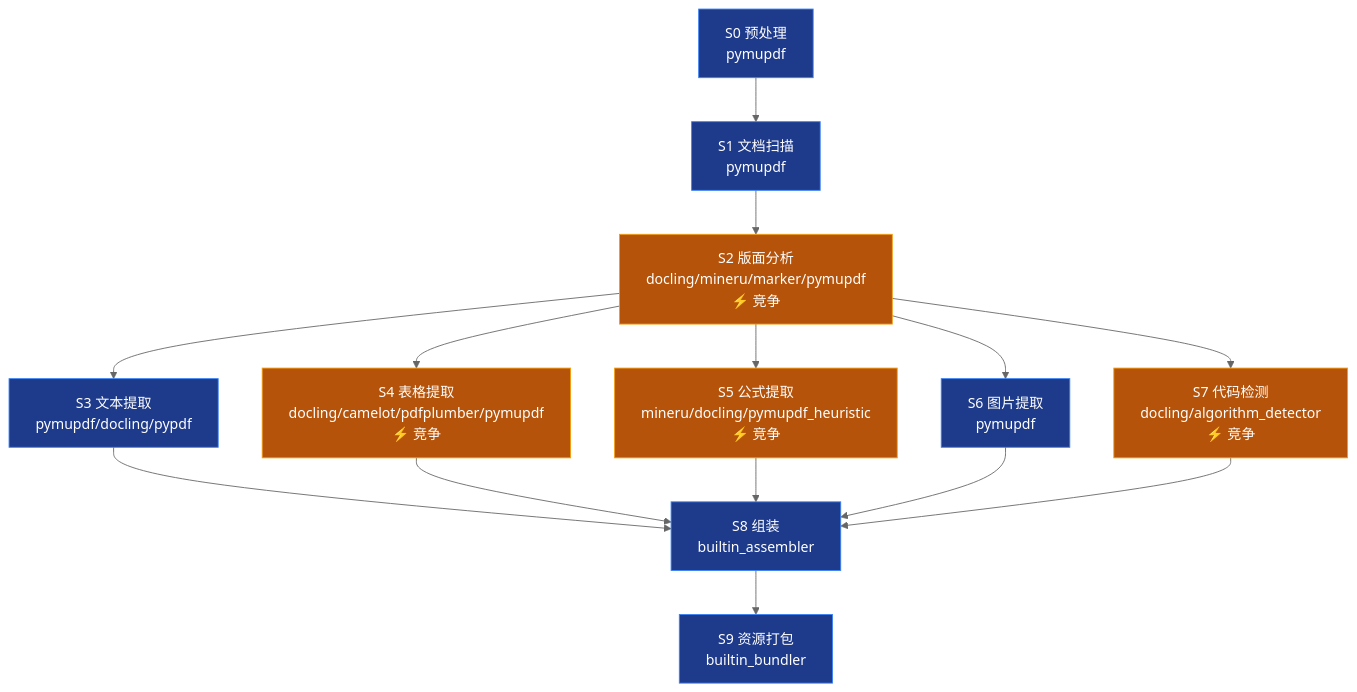
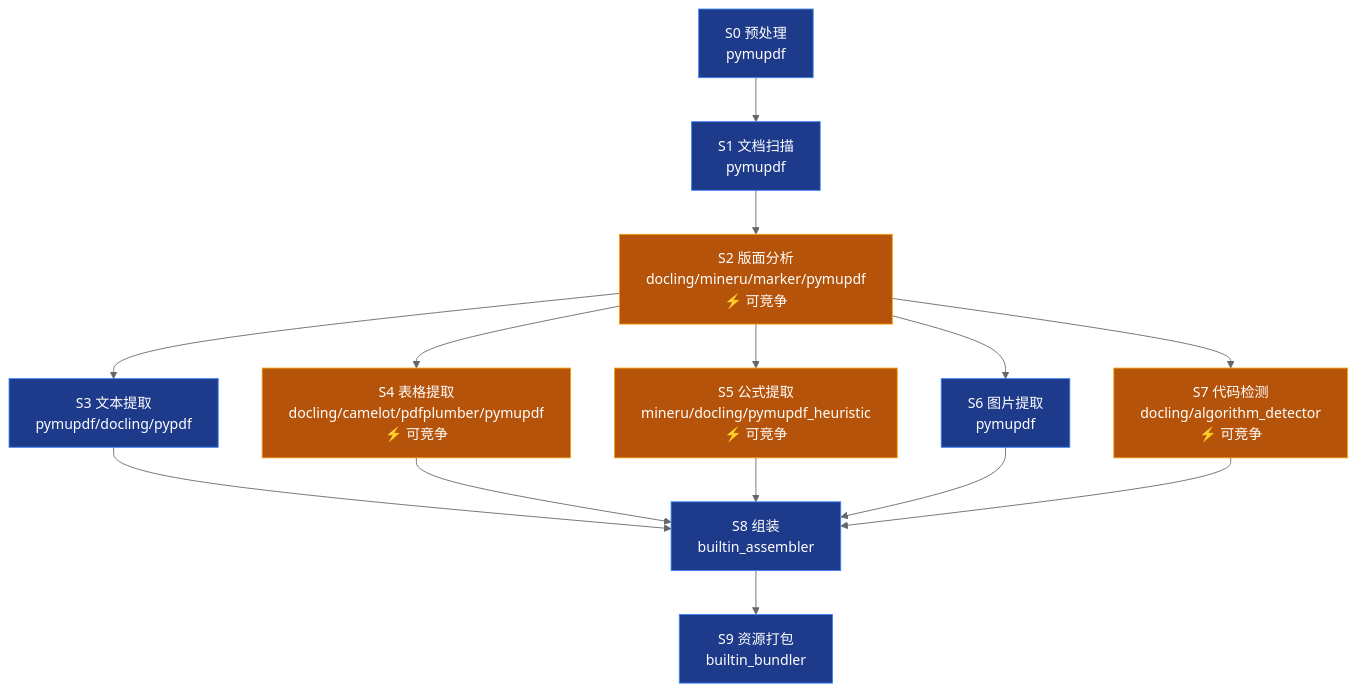
Before and after one commit to ThreeFish-AI/negentropy-perceives: the fifth of 10 diagrams in docs/framework.md, drawn with Mermaid (neutral theme). The commit also changed other lines of this file and 4 other files, not shown here.

````diff
--- a/docs/framework.md
+++ b/docs/framework.md
@@ -188,29 +190,29 @@
 ```mermaid
 graph TD
     S0["S0 预处理<br/>pymupdf"] --> S1["S1 文档扫描<br/>pymupdf"]
-    S1 --> S2["S2 版面分析<br/>docling/mineru/marker/pymupdf<br/>⚡ 竞争"]
+    S1 --> S2["S2 版面分析<br/>docling/mineru/marker/pymupdf<br/>⚡ 可竞争"]
     S2 --> S3["S3 文本提取<br/>pymupdf/docling/pypdf"]
 
-    S2 --> S4["S4 表格提取<br/>docling/camelot/pdfplumber/pymupdf<br/>⚡ 竞争"]
-    S2 --> S5["S5 公式提取<br/>mineru/docling/pymupdf_heuristic<br/>⚡ 竞争"]
+    S2 --> S4["S4 表格提取<br/>docling/camelot/pdfplumber/pymupdf<br/>⚡ 可竞争"]
+    S2 --> S5["S5 公式提取<br/>mineru/docling/pymupdf_heuristic<br/>⚡ 可竞争"]
     S2 --> S6["S6 图片提取<br/>pymupdf"]
-    S2 --> S7["S7 代码检测<br/>docling/algorithm_detector<br/>⚡ 竞争"]
+    S2 --> S7["S7 代码检测<br/>docling/algorithm_detector<br/>⚡ 可竞争"]
 
     S3 --> S8["S8 组装<br/>builtin_assembler"]
     S4 --> S8
     S5 --> S8
     S6 --> S8
     S7 --> S8
     S8 --> S9["S9 资源打包<br/>builtin_bundler"]
 
     style S0 fill:#1e3a8a,stroke:#3b82f6,color:#ffffff
     style S1 fill:#1e3a8a,stroke:#3b82f6,color:#ffffff
     style S2 fill:#b45309,stroke:#f59e0b,color:#ffffff
     style S3 fill:#1e3a8a,stroke:#3b82f6,color:#ffffff
     style S4 fill:#b45309,stroke:#f59e0b,color:#ffffff
     style S5 fill:#b45309,stroke:#f59e0b,color:#ffffff
     style S6 fill:#1e3a8a,stroke:#3b82f6,color:#ffffff
     style S7 fill:#b45309,stroke:#f59e0b,color:#ffffff
     style S8 fill:#1e3a8a,stroke:#3b82f6,color:#ffffff
     style S9 fill:#1e3a8a,stroke:#3b82f6,color:#ffffff
 ```
````
